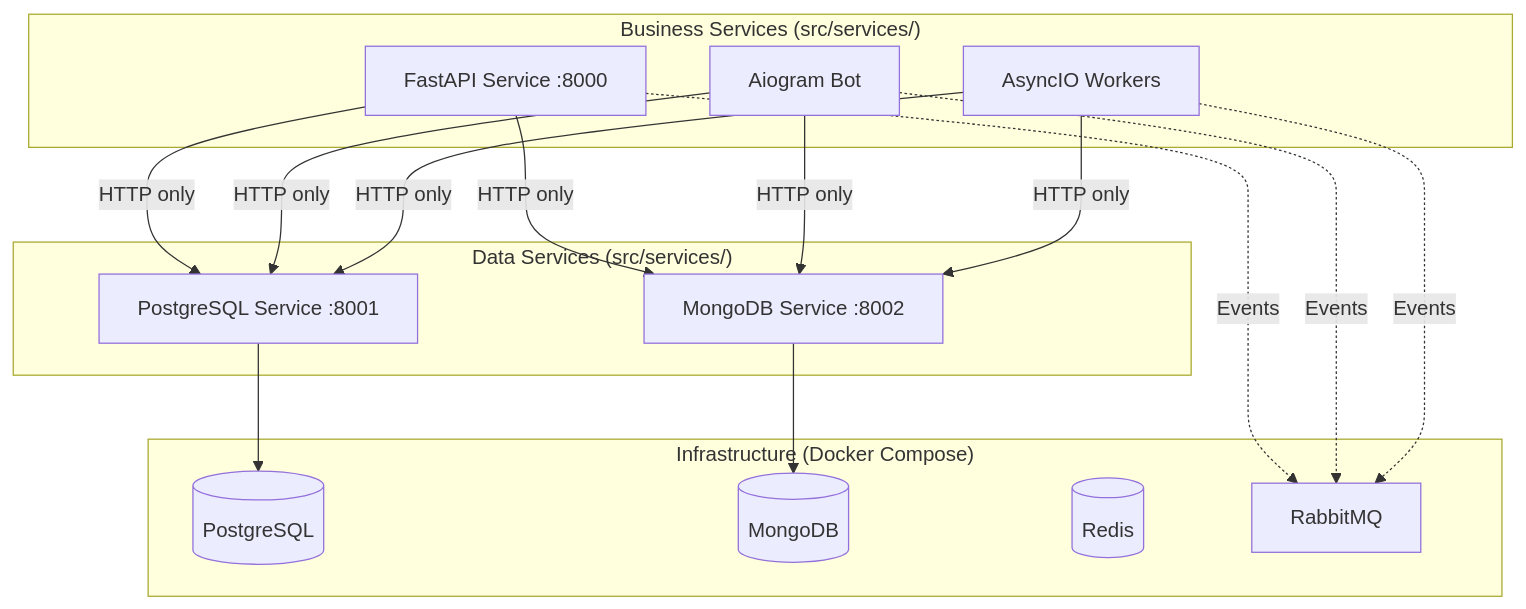
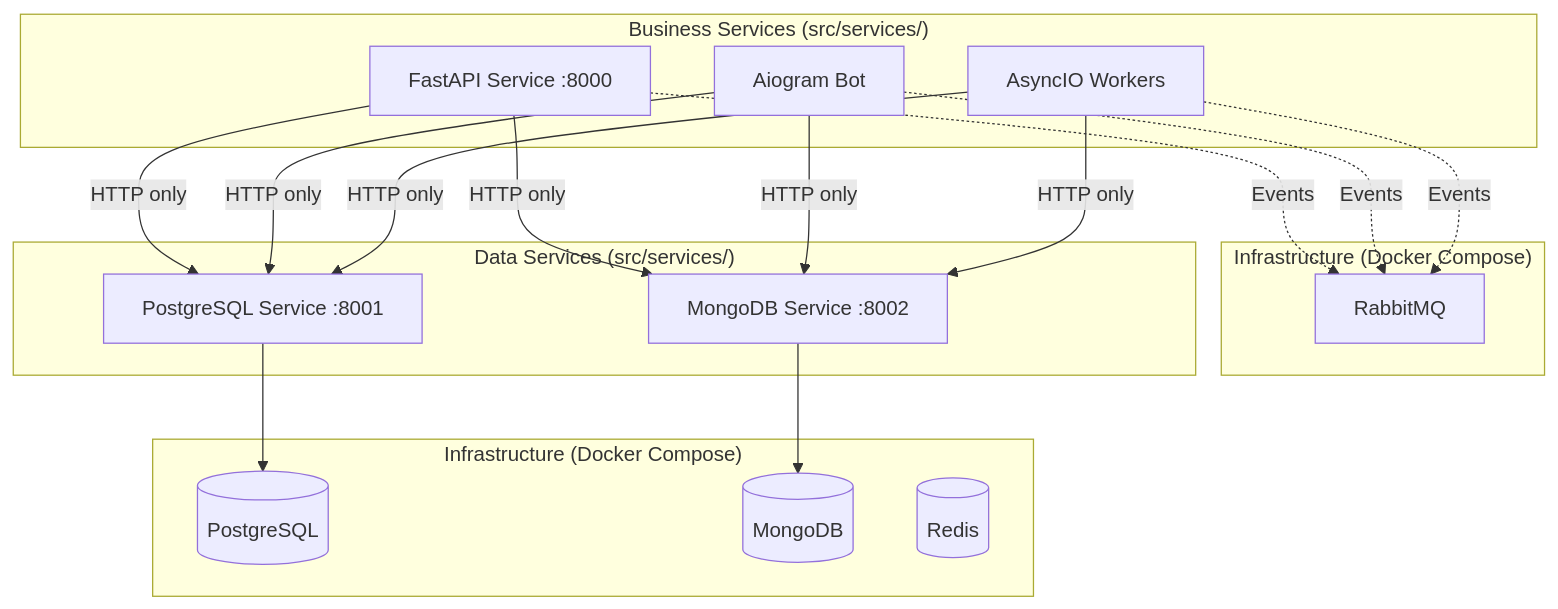
The diagram in README.md (bgs2509/doc4microservices), drawn with Mermaid before and after one commit.

````diff
--- a/README.md
+++ b/README.md
@@ -147,34 +147,37 @@
 ```mermaid
 graph TB
+    subgraph "Infrastructure (Docker Compose)"
+        RABBIT[RabbitMQ]
+    end
+
     subgraph "Business Services (src/services/)"
         API[FastAPI Service :8000]
         BOT[Aiogram Bot]
         WORKER[AsyncIO Workers]
     end
 
     subgraph "Data Services (src/services/)"
         PG[PostgreSQL Service :8001]
         MONGO[MongoDB Service :8002]
     end
 
     subgraph "Infrastructure (Docker Compose)"
         POSTGRES[(PostgreSQL)]
         MONGODB[(MongoDB)]
         REDIS[(Redis)]
-        RABBIT[RabbitMQ]
     end
 
     API -->|HTTP only| PG
     API -->|HTTP only| MONGO
     BOT -->|HTTP only| PG
     BOT -->|HTTP only| MONGO
     WORKER -->|HTTP only| PG
     WORKER -->|HTTP only| MONGO
 
     PG --> POSTGRES
     MONGO --> MONGODB
 
     API -.->|Events| RABBIT
     BOT -.->|Events| RABBIT
     WORKER -.->|Events| RABBIT
 ```
````
